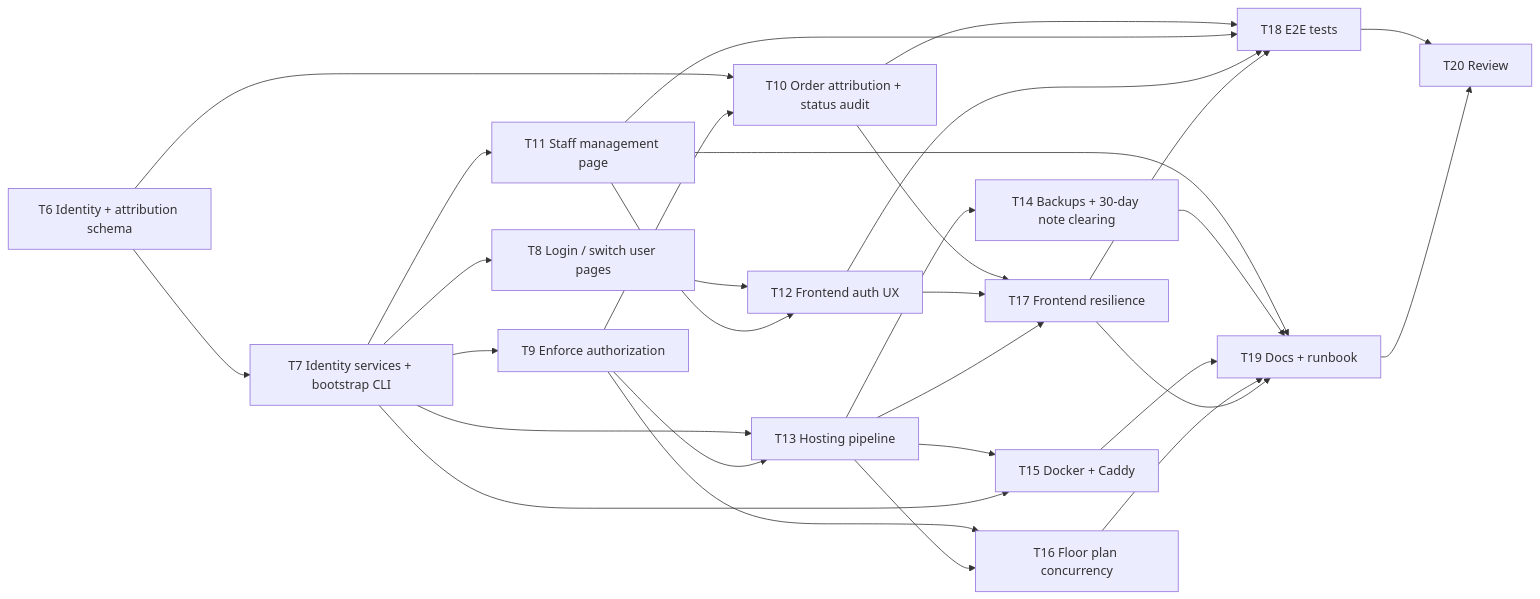
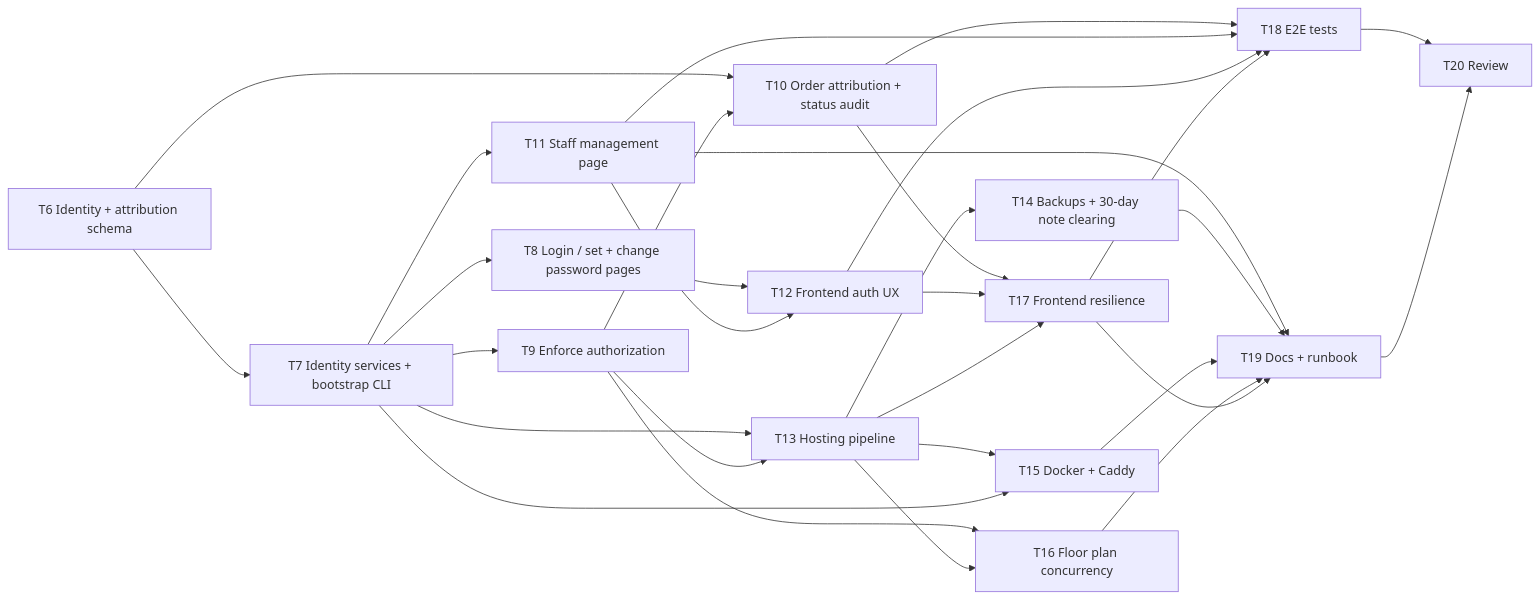
Before and after one commit to Nogzi/TableIt: the diagram in plans/production-readiness.md, drawn with Mermaid. The commit also changed other lines of this file, not shown here.

First line of the commit message:
Switch planned sign-in to manager-issued usernames and own passwords

````diff
--- a/plans/production-readiness.md
+++ b/plans/production-readiness.md
@@ -400,32 +438,32 @@
 ```mermaid
 flowchart LR
   T6["T6 Identity + attribution schema"] --> T7["T7 Identity services + bootstrap CLI"]
-  T7 --> T8["T8 Login / switch user pages"]
+  T7 --> T8["T8 Login / set + change password pages"]
   T7 --> T9["T9 Enforce authorization"]
   T7 --> T11["T11 Staff management page"]
   T6 --> T10["T10 Order attribution + status audit"]
   T9 --> T10
   T7 --> T13["T13 Hosting pipeline"]
   T9 --> T13
   T8 --> T12["T12 Frontend auth UX"]
   T11 --> T12
   T13 --> T14["T14 Backups + 30-day note clearing"]
   T13 --> T15["T15 Docker + Caddy"]
   T7 --> T15
   T9 --> T16["T16 Floor plan concurrency"]
   T13 --> T16
   T10 --> T17["T17 Frontend resilience"]
   T12 --> T17
   T13 --> T17
   T10 --> T18["T18 E2E tests"]
   T11 --> T18
   T12 --> T18
   T17 --> T18
   T11 --> T19["T19 Docs + runbook"]
   T14 --> T19
   T15 --> T19
   T16 --> T19
   T17 --> T19
   T18 --> T20["T20 Review"]
   T19 --> T20
 ```
````
